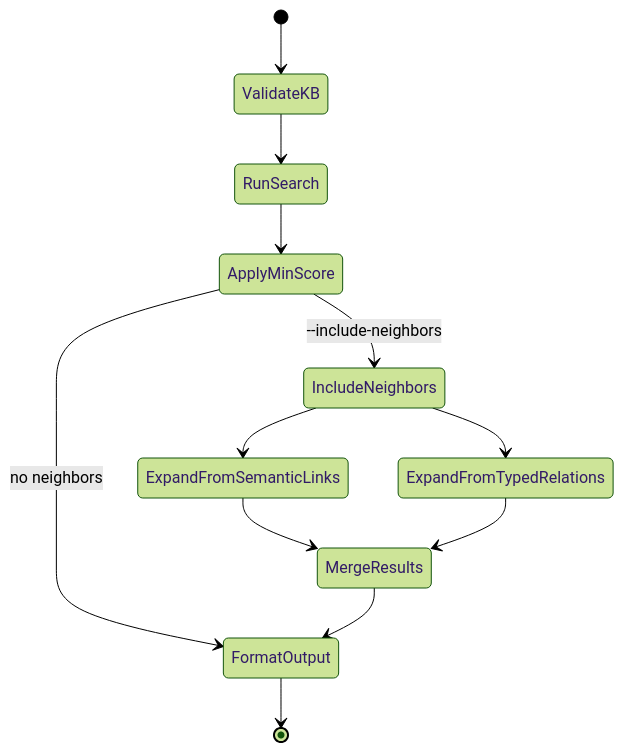
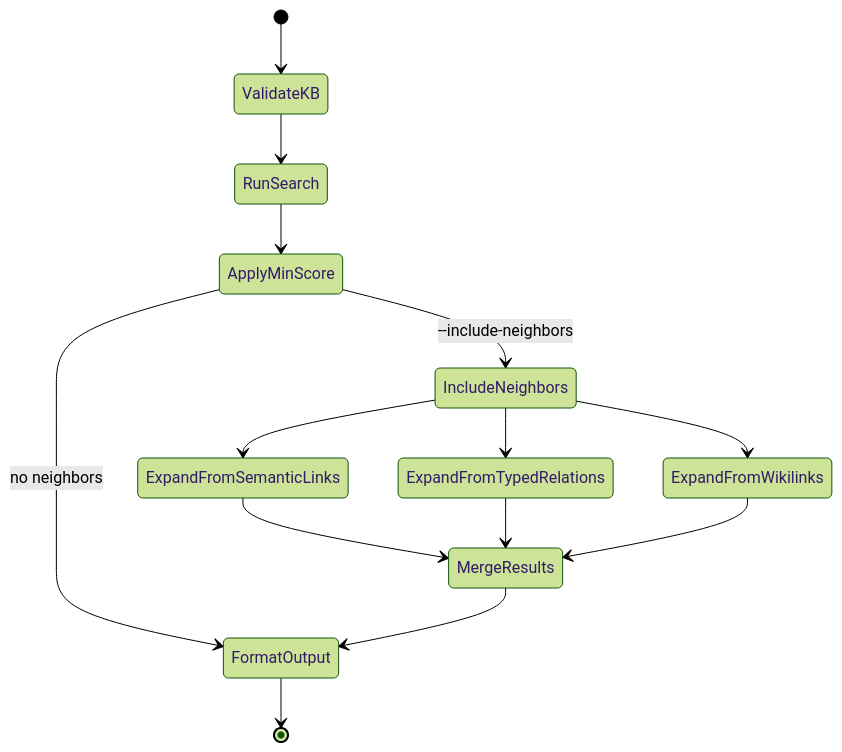
The sixth of 8 diagrams in kb/memex/state-diagrams.md (chriskd/memex), drawn with Mermaid (forest theme) before and after one commit. The commit also changed other lines of this file and 11 other files, not shown here.

Commit message:
Align graph and neighbors with semantic and wikilinks

````diff
--- a/kb/memex/state-diagrams.md
+++ b/kb/memex/state-diagrams.md
@@ -116,14 +116,16 @@
 ```mermaid
 stateDiagram-v2
     [*] --> ValidateKB
     ValidateKB --> RunSearch
     RunSearch --> ApplyMinScore
     ApplyMinScore --> IncludeNeighbors: --include-neighbors
     ApplyMinScore --> FormatOutput: no neighbors
     IncludeNeighbors --> ExpandFromSemanticLinks
     IncludeNeighbors --> ExpandFromTypedRelations
+    IncludeNeighbors --> ExpandFromWikilinks
     ExpandFromSemanticLinks --> MergeResults
     ExpandFromTypedRelations --> MergeResults
+    ExpandFromWikilinks --> MergeResults
     MergeResults --> FormatOutput
     FormatOutput --> [*]
 ```
````
